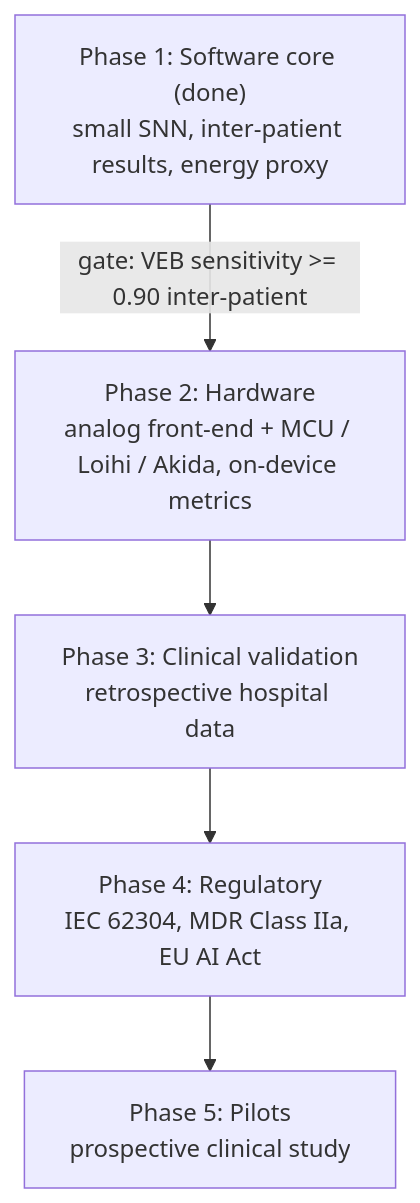
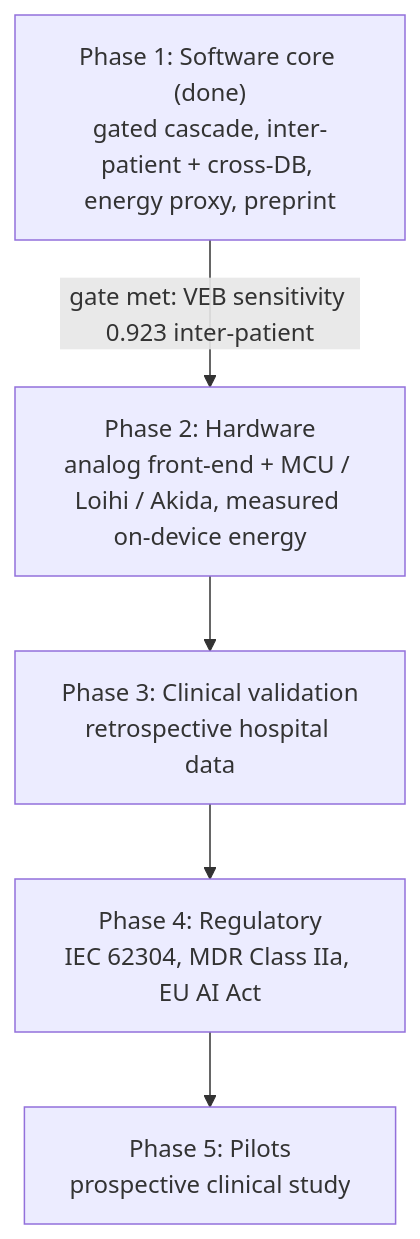
One commit to Talch87/NeuroBeat changed the second of 2 diagrams in README.md. Above: the diagram before and after it, drawn with Mermaid. The commit also changed other lines of this file, not shown here.

First line of the commit message:
docs: update README to shipped VEB v1 cascade + honest findings

````diff
--- a/README.md
+++ b/README.md
@@ -141,9 +149,9 @@
 ```mermaid
 flowchart TD
-    P1["Phase 1: Software core (done)<br/>small SNN, inter-patient results, energy proxy"]
-    P2["Phase 2: Hardware<br/>analog front-end + MCU / Loihi / Akida, on-device metrics"]
+    P1["Phase 1: Software core (done)<br/>gated cascade, inter-patient + cross-DB, energy proxy, preprint"]
+    P2["Phase 2: Hardware<br/>analog front-end + MCU / Loihi / Akida, measured on-device energy"]
     P3["Phase 3: Clinical validation<br/>retrospective hospital data"]
     P4["Phase 4: Regulatory<br/>IEC 62304, MDR Class IIa, EU AI Act"]
     P5["Phase 5: Pilots<br/>prospective clinical study"]
-    P1 -->|"gate: VEB sensitivity >= 0.90 inter-patient"| P2 --> P3 --> P4 --> P5
+    P1 -->|"gate met: VEB sensitivity 0.923 inter-patient"| P2 --> P3 --> P4 --> P5
 ```
````
